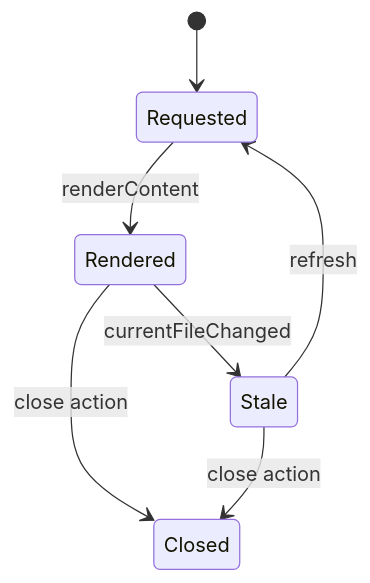
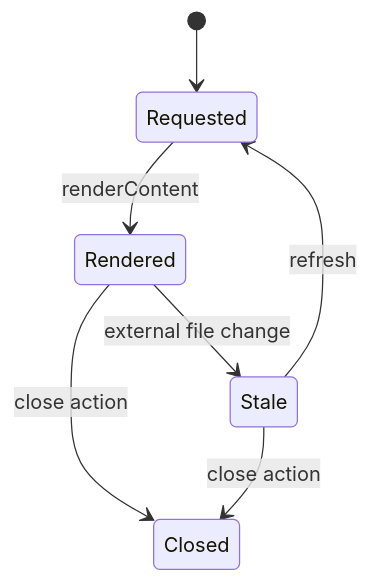
Before and after one commit to the-long-ride/markdown-explorer: the diagram in docs/instructions/03-features/04-content-tabs-and-document-shell.md, drawn with Mermaid. The commit also changed other lines of this file and 542 other files, not shown here.

````diff
--- a/docs/instructions/03-features/04-content-tabs-and-document-shell.md
+++ b/docs/instructions/03-features/04-content-tabs-and-document-shell.md
@@ -68,9 +69,9 @@
 ```mermaid
 stateDiagram-v2
     [*] --> Requested
     Requested --> Rendered: renderContent
-    Rendered --> Stale: currentFileChanged
+    Rendered --> Stale: external file change
     Stale --> Requested: refresh
     Rendered --> Closed: close action
     Stale --> Closed: close action
 ```
````
